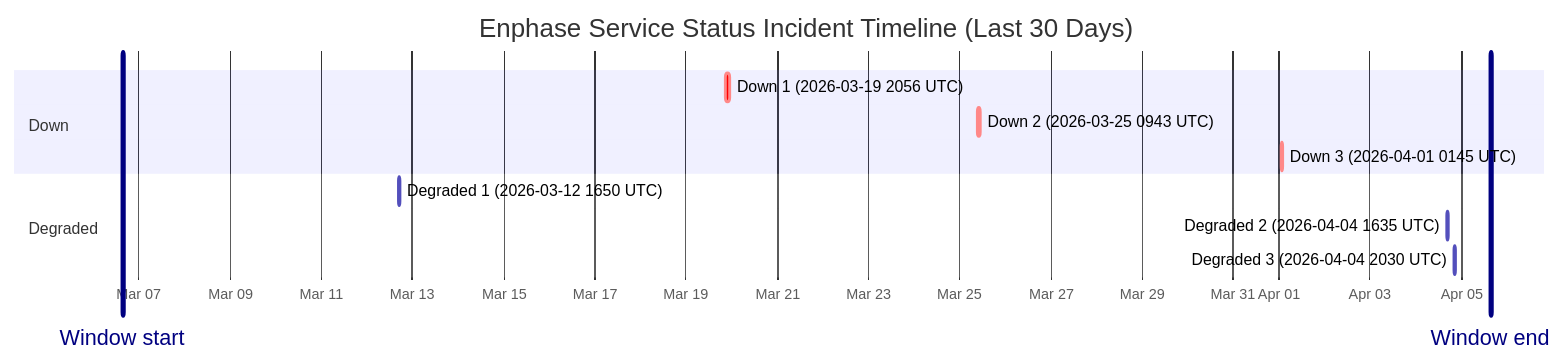
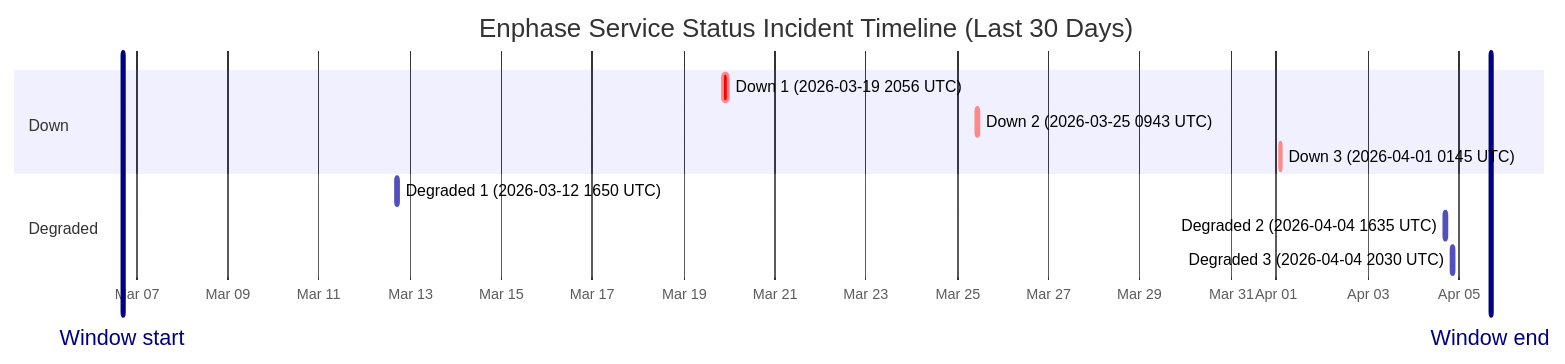
The diagram in wiki/Service-Status-History.md (barneyonline/ha-enphase-ev-charger), drawn with Mermaid before and after one commit. The commit also changed other lines of this file and 3 other files, not shown here.

````diff
--- a/wiki/Service-Status-History.md
+++ b/wiki/Service-Status-History.md
@@ -14,16 +14,16 @@
 ```mermaid
 gantt
     title Enphase Service Status Incident Timeline (Last 30 Days)
     dateFormat  YYYY-MM-DDTHH:mm:ss
     axisFormat  %b %d
-    Window start :vert, window-start, 2026-03-06T15:31:53, 0ms
-    Window end :vert, window-end, 2026-04-05T15:31:53, 0ms
+    Window start :vert, window-start, 2026-03-06T16:35:46, 0ms
+    Window end :vert, window-end, 2026-04-05T16:35:46, 0ms
     section Down
     Down 1 (2026-03-19 2056 UTC) :crit, down-1, 2026-03-19T20:56:20, 145m
     Down 2 (2026-03-25 0943 UTC) :crit, down-2, 2026-03-25T09:43:28, 111m
     Down 3 (2026-04-01 0145 UTC) :crit, down-3, 2026-04-01T01:45:09, 60m
     section Degraded
     Degraded 1 (2026-03-12 1650 UTC) :active, degraded-1, 2026-03-12T16:50:43, 60m
     Degraded 2 (2026-04-04 1635 UTC) :active, degraded-2, 2026-04-04T16:35:17, 60m
     Degraded 3 (2026-04-04 2030 UTC) :active, degraded-3, 2026-04-04T20:30:40, 60m
 ```
````
